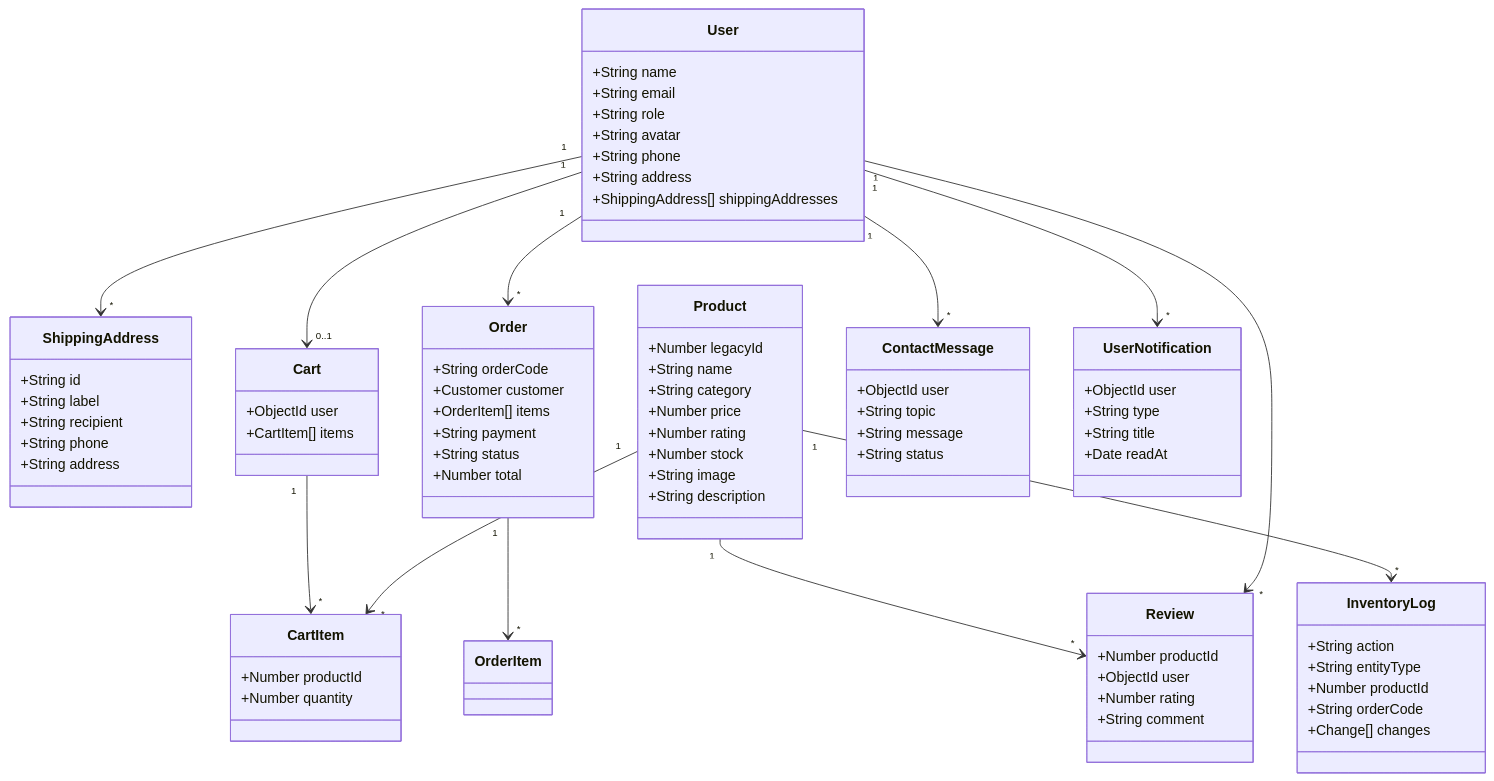
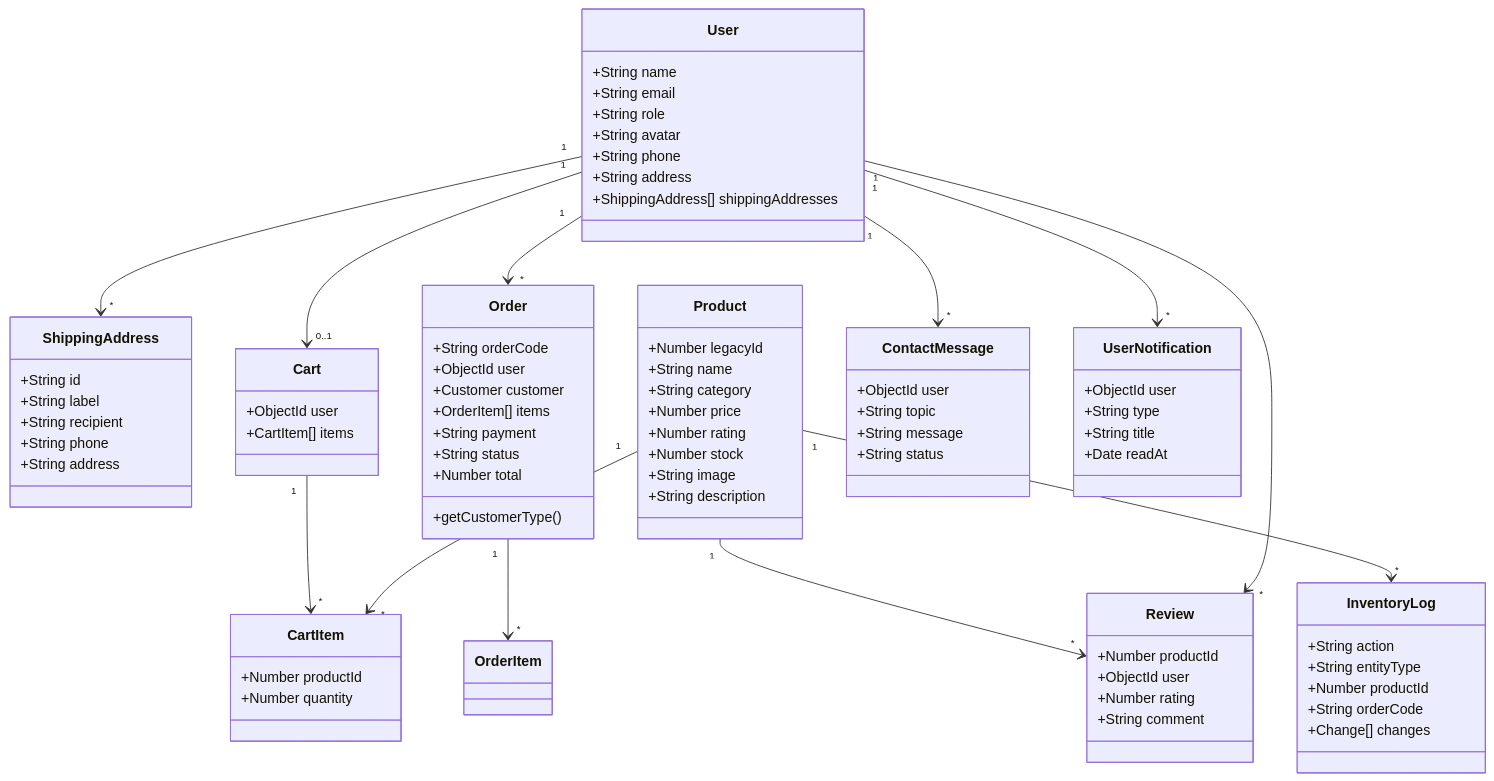
Before and after one commit to lequyet2001/SomeThing: the third of 9 diagrams in docs/bao-cao-phan-tich-thiet-ke-he-thong.md, drawn with Mermaid. The commit also changed other lines of this file and 33 other files, not shown here.

Commit message:
Add SVG diagrams for various workflows including account management, admin dashboard, inventory management, order classification, and password reset

```diff
--- a/docs/bao-cao-phan-tich-thiet-ke-he-thong.md
+++ b/docs/bao-cao-phan-tich-thiet-ke-he-thong.md
@@ -684,11 +687,13 @@
   }
   class Order {
     +String orderCode
+    +ObjectId user
     +Customer customer
     +OrderItem[] items
     +String payment
     +String status
     +Number total
+    +getCustomerType()
   }
   class Review {
     +Number productId
```
